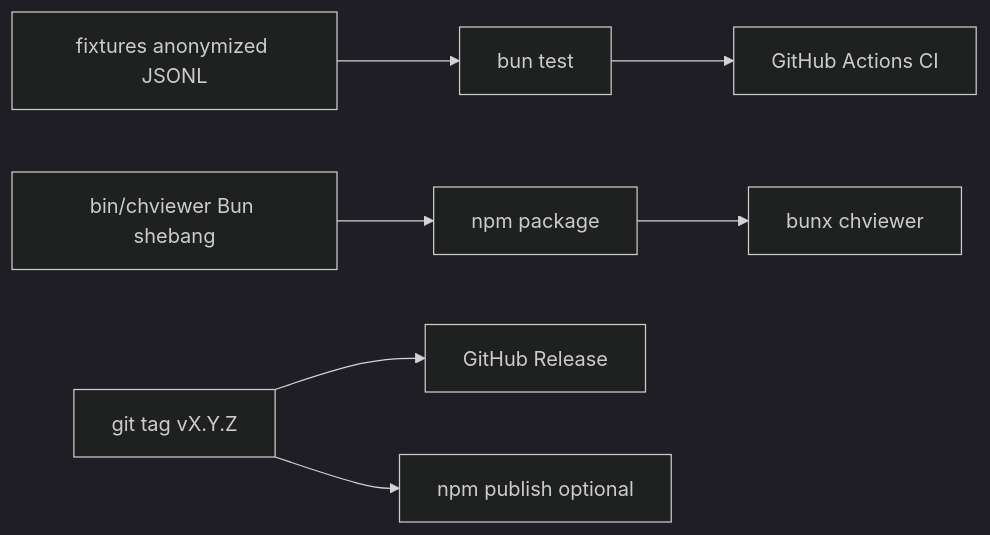
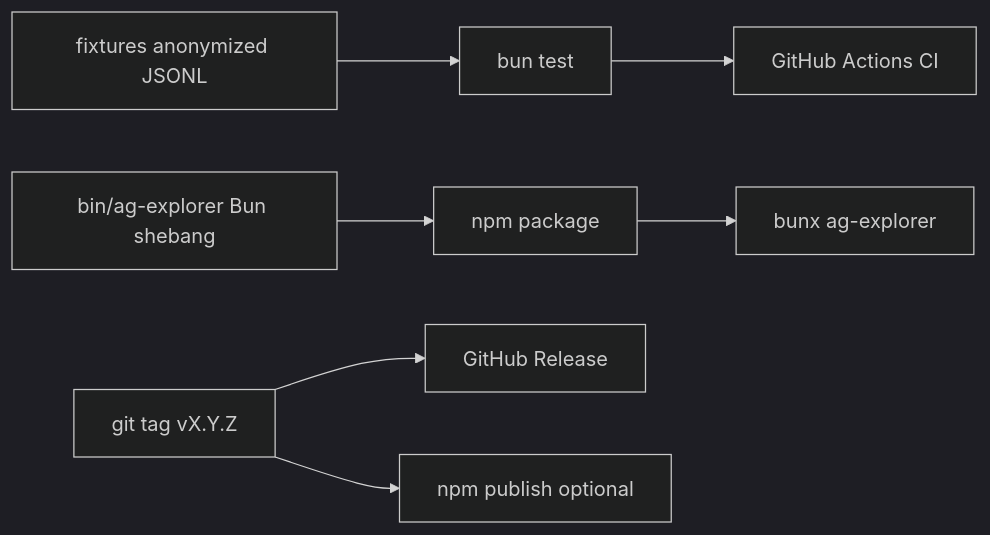
Before and after one commit to sureshunnikrishnan/chviewer: the diagram in .cursor/plans/promo_readiness_polish_24fc0aa5.plan.md, drawn with Mermaid (dark theme). The commit also changed other lines of this file and 71 other files, not shown here.

````diff
--- a/.cursor/plans/promo_readiness_polish_24fc0aa5.plan.md
+++ b/.cursor/plans/promo_readiness_polish_24fc0aa5.plan.md
@@ -119,9 +119,9 @@
 ```mermaid
 flowchart LR
   fixtures[fixtures anonymized JSONL] --> bunTest[bun test]
   bunTest --> ci[GitHub Actions CI]
-  binEntry[bin/chviewer Bun shebang] --> npmPkg[npm package]
-  npmPkg --> bunx[bunx chviewer]
+  binEntry[bin/ag-explorer Bun shebang] --> npmPkg[npm package]
+  npmPkg --> bunx[bunx ag-explorer]
   tag[git tag vX.Y.Z] --> release[GitHub Release]
   tag --> npmPub[npm publish optional]
 ```
````
